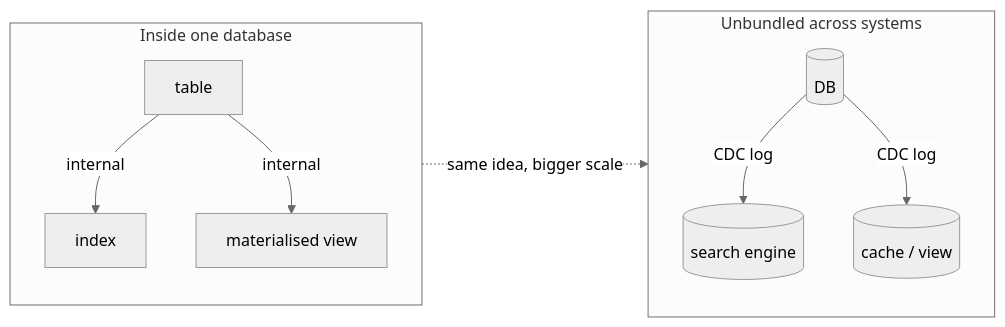
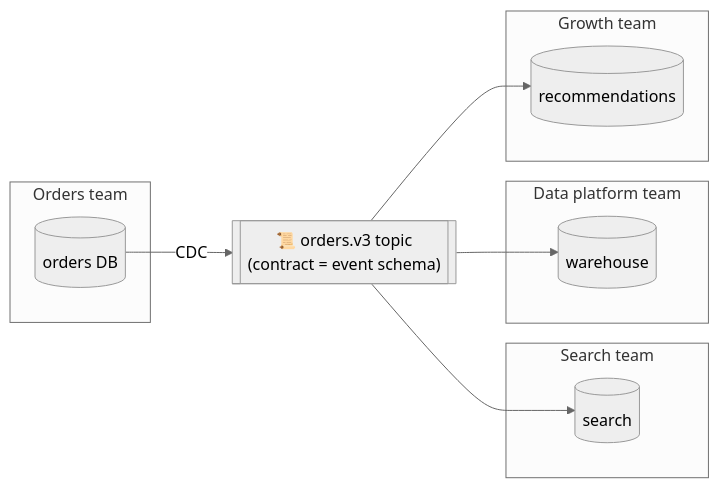
Before and after one commit to pratikguru998/ddia-book: diagram 13 of 34 in docs/chapters/part-3/12-future.mdx, drawn with Mermaid (neutral theme). The commit also changed other lines of this file and 13 other files, not shown here.

Commit message:
Expand all 12 chapters: every book subsection, deeper notes, ~320 diagrams

````diff
--- a/docs/chapters/part-3/12-future.mdx
+++ b/docs/chapters/part-3/12-future.mdx
@@ -71,12 +411,19 @@
 ```mermaid
 flowchart LR
-  subgraph INSIDE["Inside one database"]
-    T["table"] -->|"internal"| IX["index"]
-    T -->|"internal"| MV["materialised view"]
+  subgraph T1["Orders team"]
+    ODB[("orders DB")]
   end
-  subgraph OUTSIDE["Unbundled across systems"]
-    T2[("DB")] -->|"CDC log"| IX2[("search engine")]
-    T2 -->|"CDC log"| MV2[("cache / view")]
+  subgraph T2["Search team"]
+    SE[("search")]
   end
-  INSIDE -.->|"same idea, bigger scale"| OUTSIDE
+  subgraph T3["Data platform team"]
+    WH[("warehouse")]
+  end
+  subgraph T4["Growth team"]
+    REC[("recommendations")]
+  end
+  ODB -->|"CDC"| K[["📜 orders.v3 topic<br/>(contract = event schema)"]]
+  K --> SE
+  K --> WH
+  K --> REC
 ```
````
